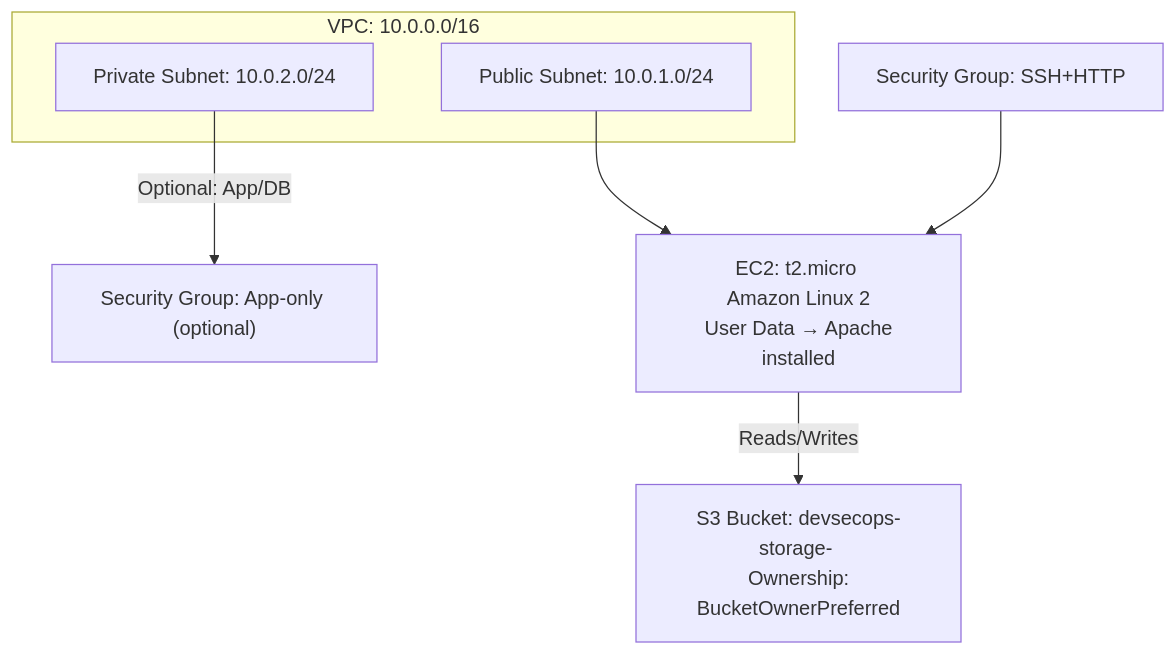
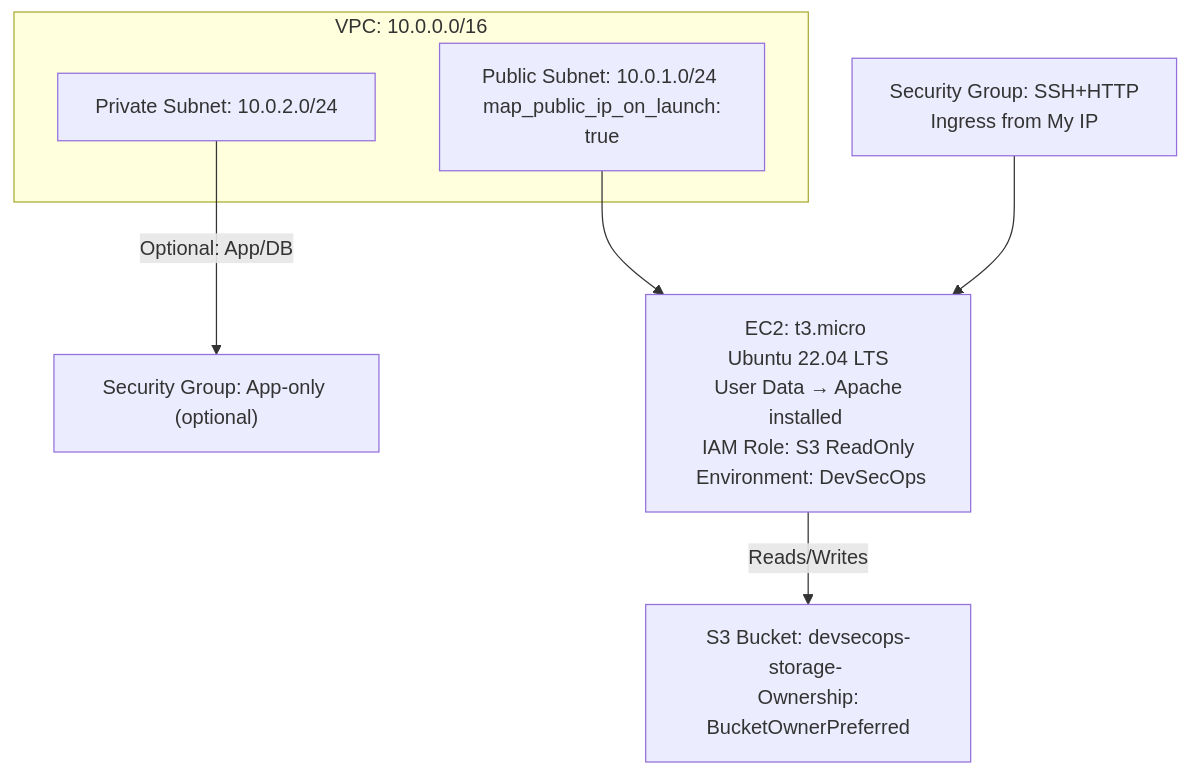
One commit to MaheshShukla1/aws-devsecops-infra changed the diagram in README.md. Above: the diagram before and after it, drawn with Mermaid. The commit also changed other lines of this file and 4 other files, not shown here.

Commit message:
chore: update README with key features, architecture diagram, and project highlights

````diff
--- a/README.md
+++ b/README.md
@@ -22,24 +40,24 @@
 ```mermaid
 flowchart TD
     %% VPC & Subnets
     subgraph VPC["VPC: 10.0.0.0/16"]
-        pub_subnet[Public Subnet: 10.0.1.0/24]
+        pub_subnet[Public Subnet: 10.0.1.0/24 \n map_public_ip_on_launch: true]
         priv_subnet[Private Subnet: 10.0.2.0/24]
     end
 
     %% Security Groups
-    SGWeb["Security Group: SSH+HTTP"]
+    SGWeb["Security Group: SSH+HTTP \n Ingress from My IP"]
     SGApp["Security Group: App-only (optional)"]
 
     %% EC2 Instances
-    EC2App["EC2: t2.micro \n Amazon Linux 2 \n User Data → Apache installed"]
+    EC2App["EC2: t3.micro \n Ubuntu 22.04 LTS \n User Data → Apache installed \n IAM Role: S3 ReadOnly \n Environment: DevSecOps"]
 
     %% S3 Bucket
     S3["S3 Bucket: devsecops-storage-<id> \n Ownership: BucketOwnerPreferred"]
 
     %% Connections
     pub_subnet --> EC2App
     EC2App -->|Reads/Writes| S3
     SGWeb --> EC2App
     priv_subnet -->|Optional: App/DB| SGApp
 ```
````
